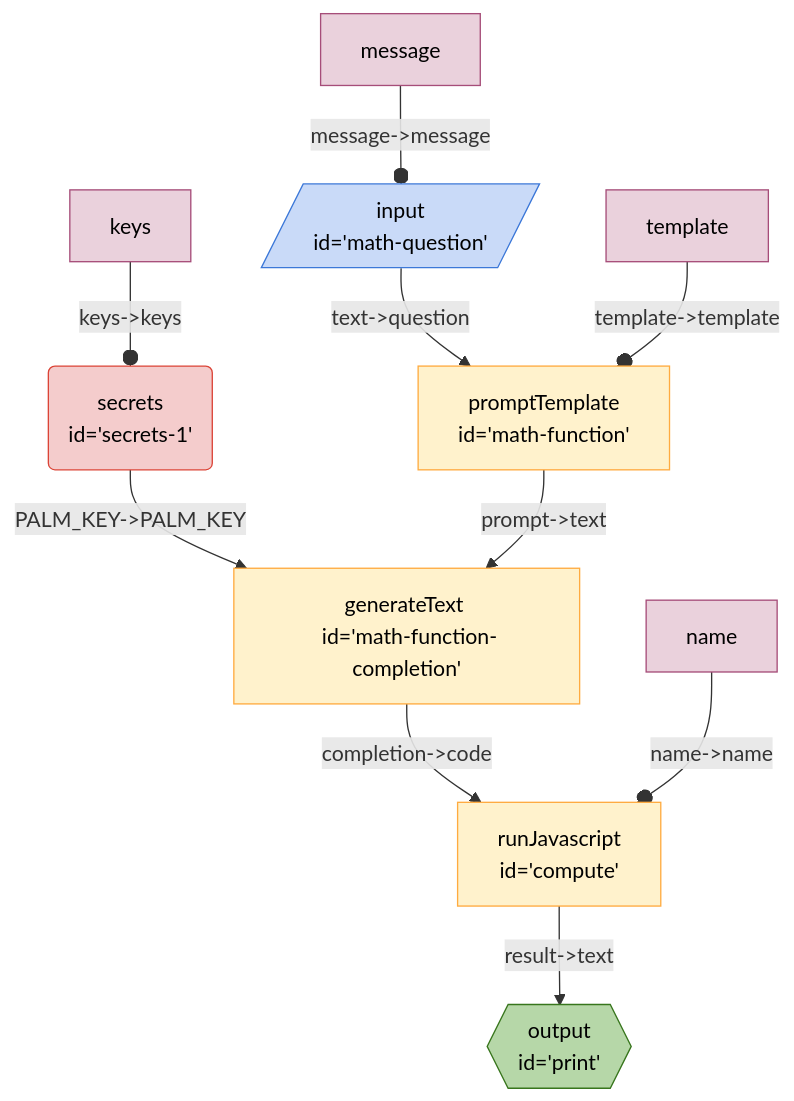
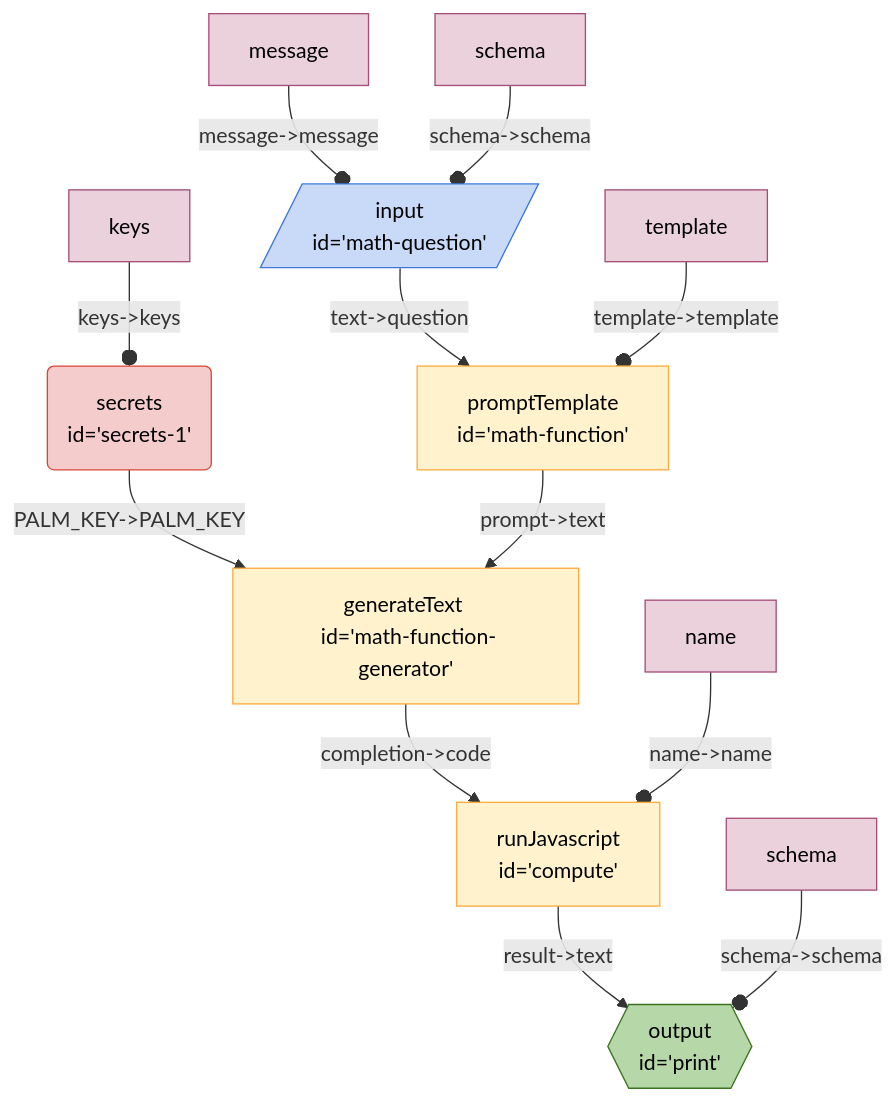
One commit to breadboard-ai/breadboard changed the diagram in seeds/graph-playground/docs/graphs/math.md. Above: the diagram before and after it, drawn with Mermaid. The commit also changed 3 other files, not shown here.

Commit message:
[graph-playground] Add schema to `math` pattern.

````diff
--- a/seeds/graph-playground/docs/graphs/math.md
+++ b/seeds/graph-playground/docs/graphs/math.md
@@ -5,21 +5,23 @@
   ```mermaid
   %%{init: 'themeVariables': { 'fontFamily': 'Fira Code, monospace' }}%%
 graph TD;
 compute["runJavascript <br> id='compute'"] -- "result->text" --> print{{"output <br> id='print'"}}:::output
-mathfunctioncompletion["generateText <br> id='math-function-completion'"] -- "completion->code" --> compute["runJavascript <br> id='compute'"]
-secrets1("secrets <br> id='secrets-1'"):::secrets -- "PALM_KEY->PALM_KEY" --> mathfunctioncompletion["generateText <br> id='math-function-completion'"]
-mathfunction["promptTemplate <br> id='math-function'"] -- "prompt->text" --> mathfunctioncompletion["generateText <br> id='math-function-completion'"]
+mathfunctiongenerator["generateText <br> id='math-function-generator'"] -- "completion->code" --> compute["runJavascript <br> id='compute'"]
+secrets1("secrets <br> id='secrets-1'"):::secrets -- "PALM_KEY->PALM_KEY" --> mathfunctiongenerator["generateText <br> id='math-function-generator'"]
+mathfunction["promptTemplate <br> id='math-function'"] -- "prompt->text" --> mathfunctiongenerator["generateText <br> id='math-function-generator'"]
 mathquestion[/"input <br> id='math-question'"/]:::input -- "text->question" --> mathfunction["promptTemplate <br> id='math-function'"]
 messagemathquestion[message]:::config -- "message->message" --o mathquestion
+schemamathquestion[schema]:::config -- "schema->schema" --o mathquestion
 templatemathfunction[template]:::config -- "template->template" --o mathfunction
 namecompute[name]:::config -- "name->name" --o compute
+schemaprint[schema]:::config -- "schema->schema" --o print
 keyssecrets1[keys]:::config -- "keys->keys" --o secrets1
 classDef default stroke:#ffab40,fill:#fff2ccff,color:#000
 classDef input stroke:#3c78d8,fill:#c9daf8ff,color:#000
 classDef output stroke:#38761d,fill:#b6d7a8ff,color:#000
 classDef passthrough stroke:#a64d79,fill:#ead1dcff,color:#000
 classDef slot stroke:#a64d79,fill:#ead1dcff,color:#000
 classDef config stroke:#a64d79,fill:#ead1dcff,color:#000
 classDef secrets stroke:#db4437,fill:#f4cccc,color:#000
 classDef slotted stroke:#a64d79
   ```
````
